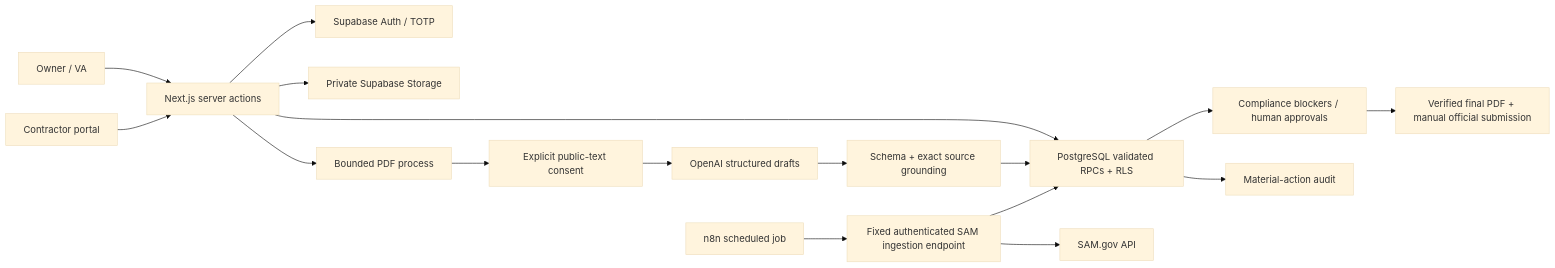
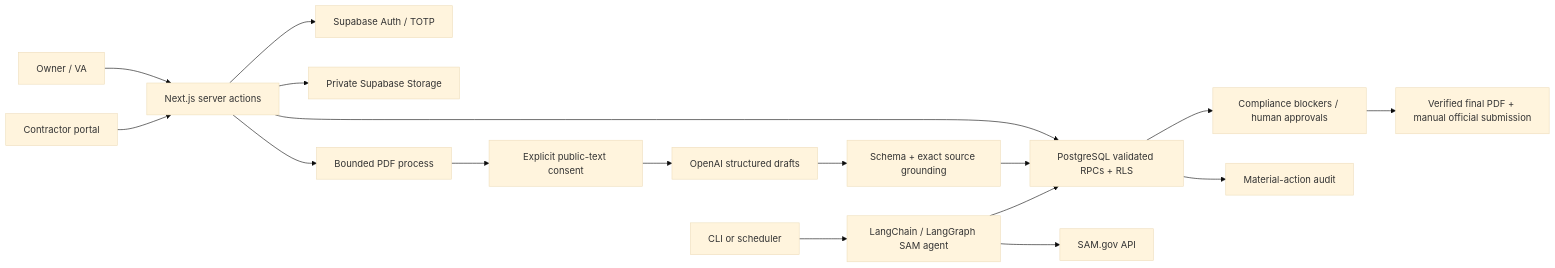
Before and after one commit to longa16/ContractOS: the diagram in docs/architecture.md, drawn with Mermaid (base theme). The commit also changed other lines of this file and 11 other files, not shown here.

Commit message:
Replace n8n SAM workflow with bounded LangChain LangGraph collector

````diff
--- a/docs/architecture.md
+++ b/docs/architecture.md
@@ -3,19 +3,19 @@
 ```mermaid
 flowchart LR
     O[Owner / VA] --> N[Next.js server actions]
     C[Contractor portal] --> N
     N --> A[Supabase Auth / TOTP]
     N --> R[PostgreSQL validated RPCs + RLS]
     N --> S[Private Supabase Storage]
     N --> P[Bounded PDF process]
     P --> H[Explicit public-text consent]
     H --> L[OpenAI structured drafts]
     L --> V[Schema + exact source grounding]
     V --> R
-    W[n8n scheduled job] --> B[Fixed authenticated SAM ingestion endpoint]
+    W[CLI or scheduler] --> B[LangChain / LangGraph SAM agent]
     B --> G[SAM.gov API]
     B --> R
     R --> E[Compliance blockers / human approvals]
     E --> F[Verified final PDF + manual official submission]
     R --> J[Material-action audit]
 ```
````
